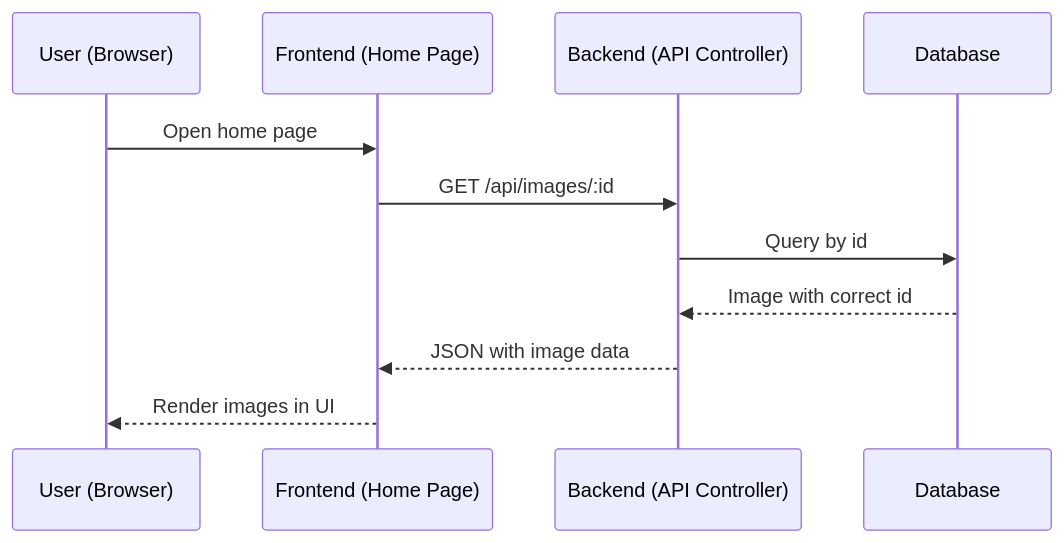
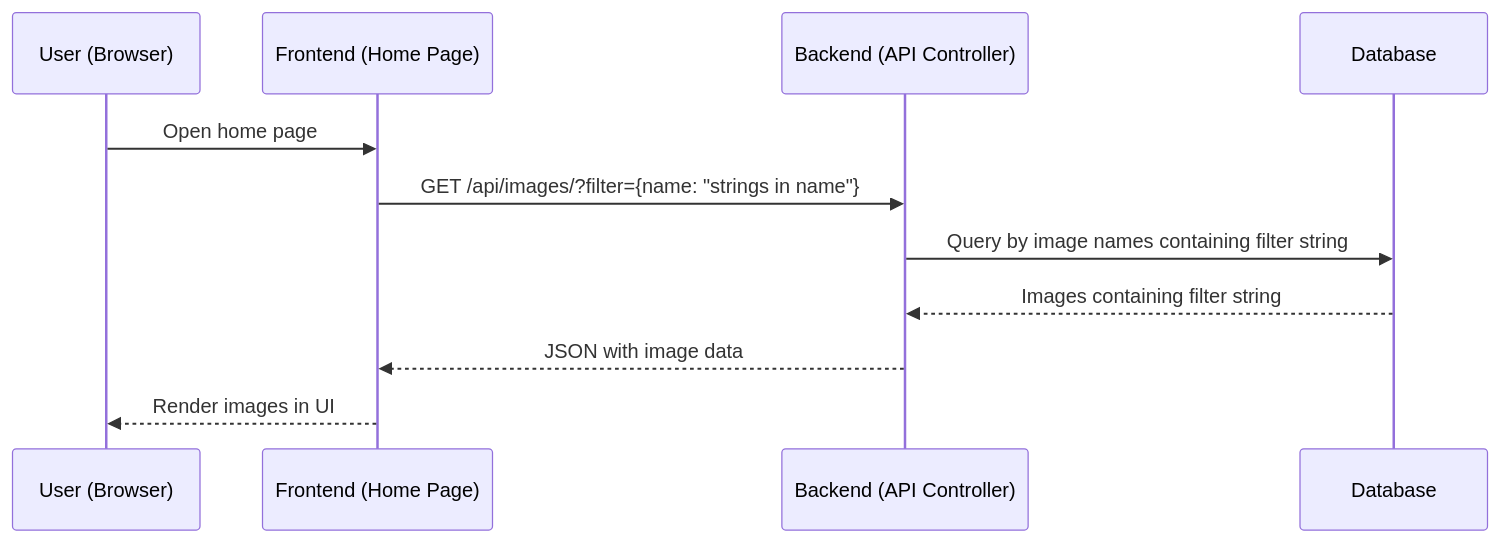
One commit to nvbang14061992/BangNguyen-image-social-media changed the second of 9 diagrams in Document/diagrams/diagram.md. Above: the diagram before and after it, drawn with Mermaid. The commit also changed 6 other files, not shown here.

Commit message:
add get all images  functionality add create (or upload) image functionality

````diff
--- a/Document/diagrams/diagram.md
+++ b/Document/diagrams/diagram.md
@@ -20,15 +20,15 @@
 ```mermaid
 sequenceDiagram
 
     participant U as User (Browser)
     participant F as Frontend (Home Page)
     participant B as Backend (API Controller)
     participant DB as Database
 
     U->>F: Open home page
-    F->>B: GET /api/images/:id
-    B->>DB: Query by id
-    DB-->>B: Image with correct id
+    F->>B: GET /api/images/?filter={name: "strings in name"}
+    B->>DB: Query by image names containing filter string
+    DB-->>B: Images containing filter string
     B-->>F: JSON with image data
     F-->>U: Render images in UI
 ```
````
